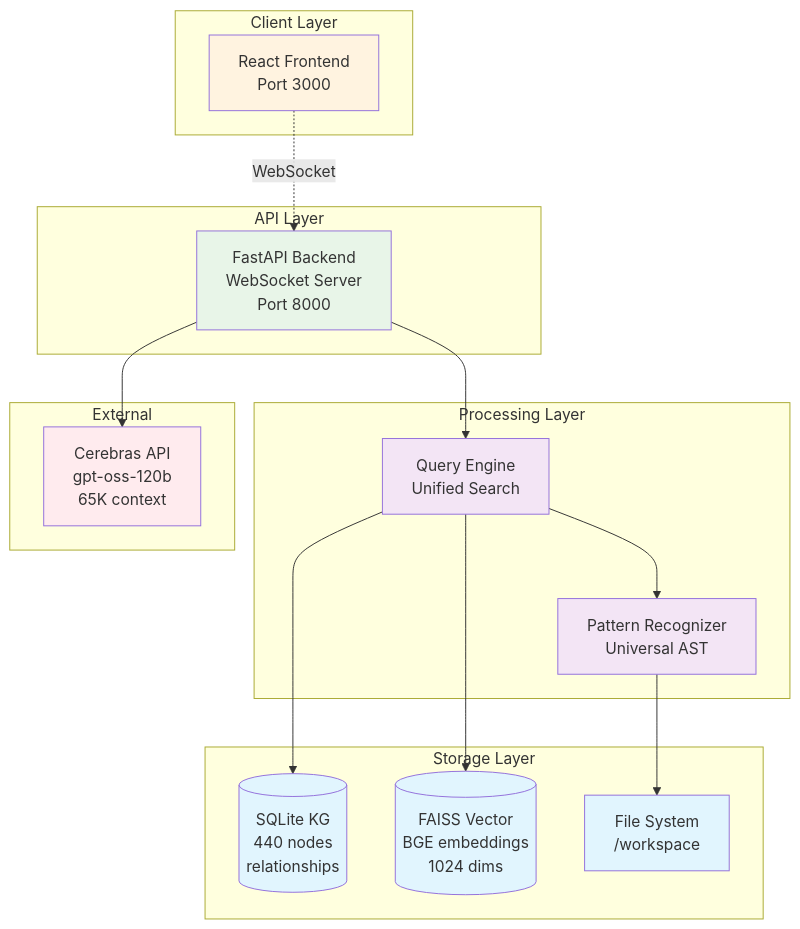
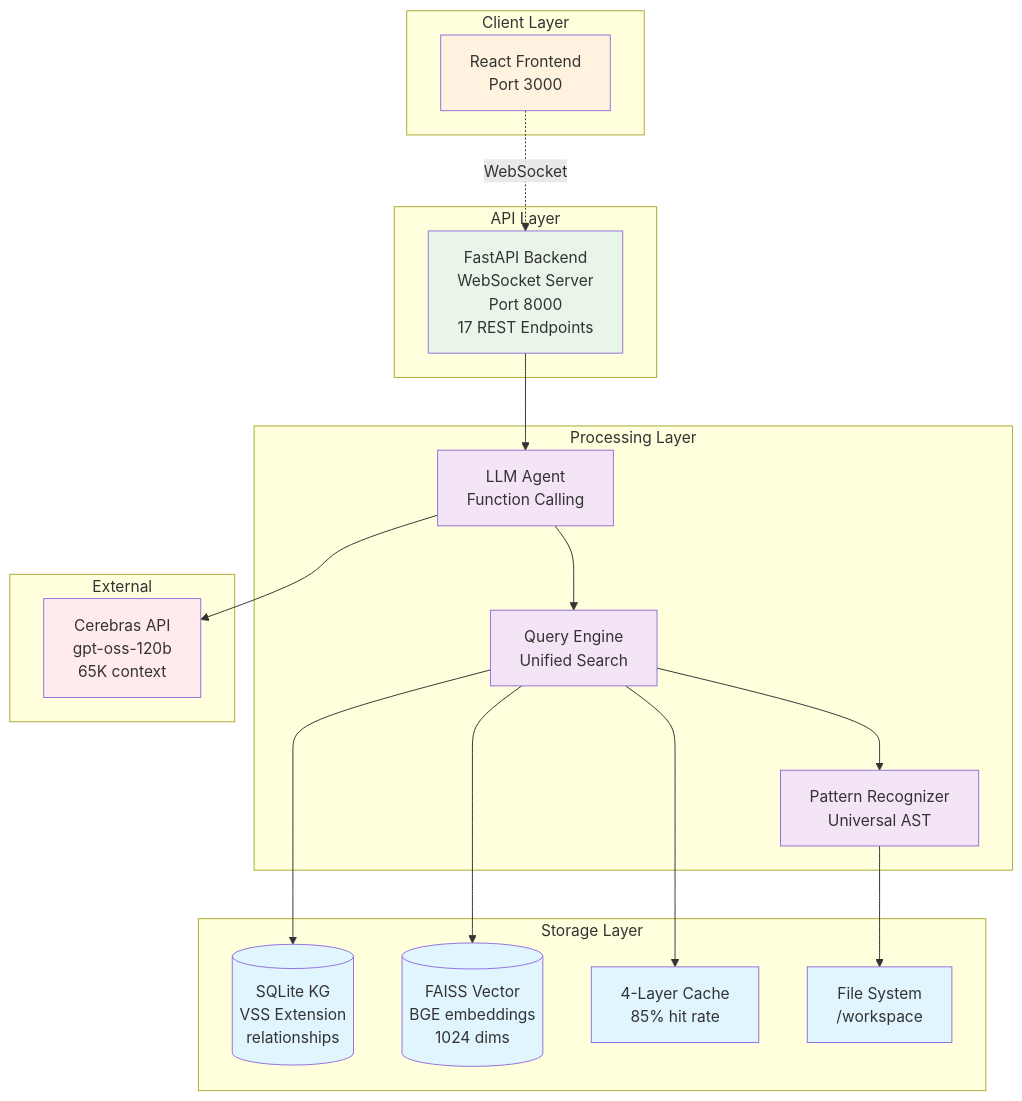
Before and after one commit to samballington/CodeWise: the diagram in README.md, drawn with Mermaid. The commit also changed other lines of this file, not shown here.

````diff
--- a/README.md
+++ b/README.md
@@ -59,45 +76,49 @@
 ```mermaid
 graph TB
     subgraph "Client Layer"
         FE[React Frontend<br/>Port 3000]
     end
-    
+
     subgraph "API Layer"
-        BE[FastAPI Backend<br/>WebSocket Server<br/>Port 8000]
+        BE[FastAPI Backend<br/>WebSocket Server<br/>Port 8000<br/>17 REST Endpoints]
     end
-    
+
     subgraph "Processing Layer"
         QE[Query Engine<br/>Unified Search]
         PR[Pattern Recognizer<br/>Universal AST]
+        AG[LLM Agent<br/>Function Calling]
     end
-    
+
     subgraph "Storage Layer"
-        KG[(SQLite KG<br/>440 nodes<br/>relationships)]
+        KG[(SQLite KG<br/>VSS Extension<br/>relationships)]
         VS[(FAISS Vector<br/>BGE embeddings<br/>1024 dims)]
+        CC[4-Layer Cache<br/>85% hit rate]
         FS[File System<br/>/workspace]
     end
-    
+
     subgraph "External"
         LLM[Cerebras API<br/>gpt-oss-120b<br/>65K context]
     end
-    
+
     FE -.->|WebSocket| BE
-    BE --> QE
+    BE --> AG
+    AG --> QE
     QE --> VS
     QE --> KG
     QE --> PR
+    QE --> CC
     PR --> FS
-    BE --> LLM
-    
+    AG --> LLM
+
     classDef storage fill:#e1f5fe
     classDef processing fill:#f3e5f5
     classDef api fill:#e8f5e8
     classDef client fill:#fff3e0
     classDef external fill:#ffebee
-    
-    class KG,VS,FS storage
-    class QE,PR processing
+
+    class KG,VS,FS,CC storage
+    class QE,PR,AG processing
     class BE api
     class FE client
     class LLM external
 ```
````
